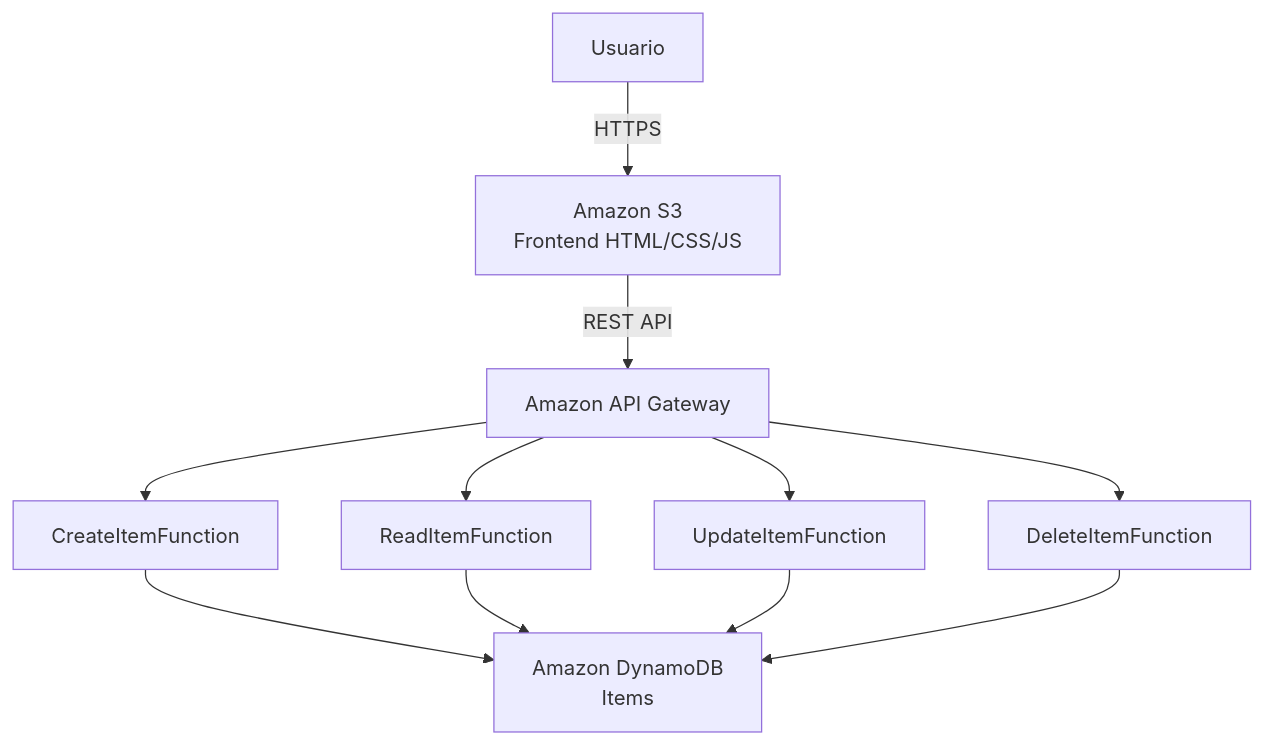
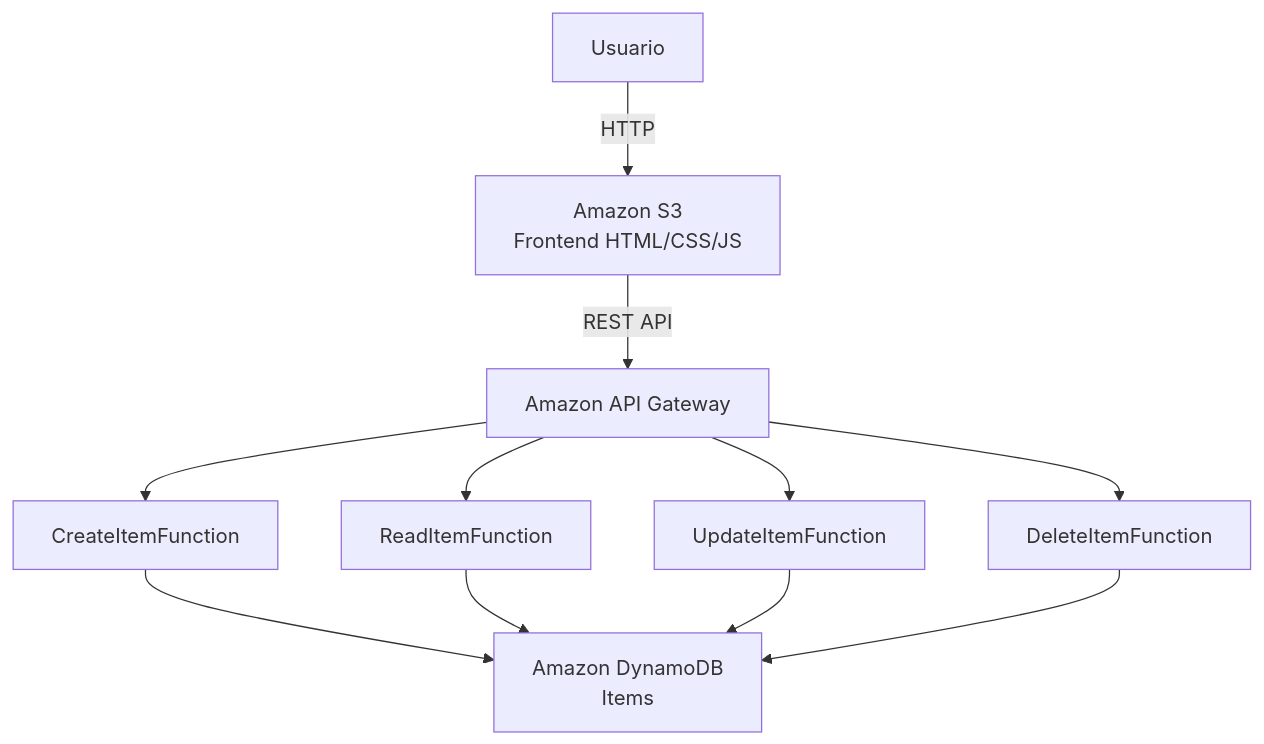
Before and after one commit to lumusa2design/Primer-Trabajo-Computacion-en-la-nube: the diagram in README.md, drawn with Mermaid. The commit also changed other lines of this file and 7 other files, not shown here.

````diff
--- a/README.md
+++ b/README.md
@@ -18,26 +18,26 @@
 ```mermaid
 flowchart TD
     U[Usuario]
     S3[Amazon S3<br>Frontend HTML/CSS/JS]
     APIGW[Amazon API Gateway]
 
     C[CreateItemFunction]
     R[ReadItemFunction]
     U2[UpdateItemFunction]
     D[DeleteItemFunction]
 
     DB[Amazon DynamoDB<br>Items]
 
-    U -->|HTTPS| S3
+    U -->|HTTP| S3
     S3 -->|REST API| APIGW
 
     APIGW --> C
     APIGW --> R
     APIGW --> U2
     APIGW --> D
 
     C --> DB
     R --> DB
     U2 --> DB
     D --> DB
 ```
````
